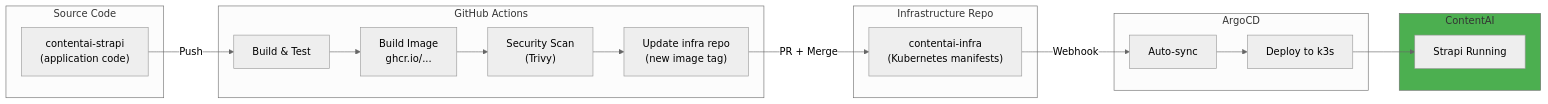
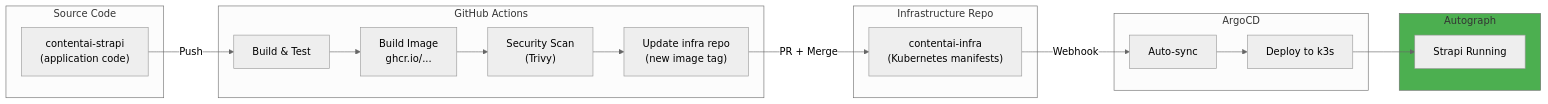
The tenth of 10 diagrams in DevOps/02-Engineering/05-GitOps.md (PearlThoughtsInternship/Internship-Obsidian-Vault), drawn with Mermaid (neutral theme) before and after one commit. The commit also changed other lines of this file and 4 other files, not shown here.

First line of the commit message:
rebrand: ContentAI → Autograph in Engineering & Platform docs

````diff
--- a/DevOps/02-Engineering/05-GitOps.md
+++ b/DevOps/02-Engineering/05-GitOps.md
@@ -749,32 +749,32 @@
 ```mermaid
 flowchart LR
     subgraph Code["Source Code"]
         SC["contentai-strapi\n(application code)"]
     end
 
     subgraph CI["GitHub Actions"]
         BUILD["Build & Test"]
         IMG["Build Image\nghcr.io/..."]
         SCAN["Security Scan\n(Trivy)"]
         UPDATE["Update infra repo\n(new image tag)"]
     end
 
     subgraph Infra["Infrastructure Repo"]
         YAML["contentai-infra\n(Kubernetes manifests)"]
     end
 
     subgraph CD["ArgoCD"]
         SYNC["Auto-sync"]
         DEPLOY["Deploy to k3s"]
     end
 
-    subgraph Cluster["ContentAI"]
+    subgraph Cluster["Autograph"]
         STRAPI["Strapi Running"]
     end
 
     SC -->|"Push"| BUILD --> IMG --> SCAN --> UPDATE
     UPDATE -->|"PR + Merge"| YAML
     YAML -->|"Webhook"| SYNC --> DEPLOY --> STRAPI
 
     style Cluster fill:#4CAF50
 ```
````
